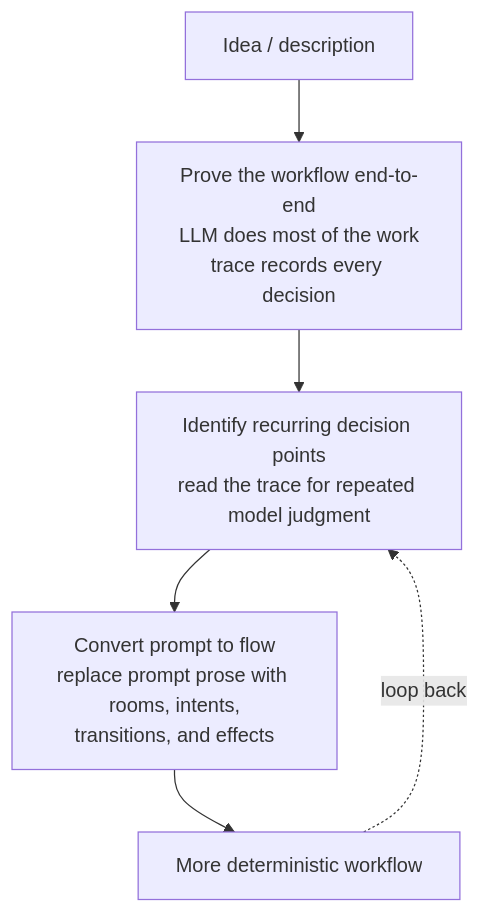
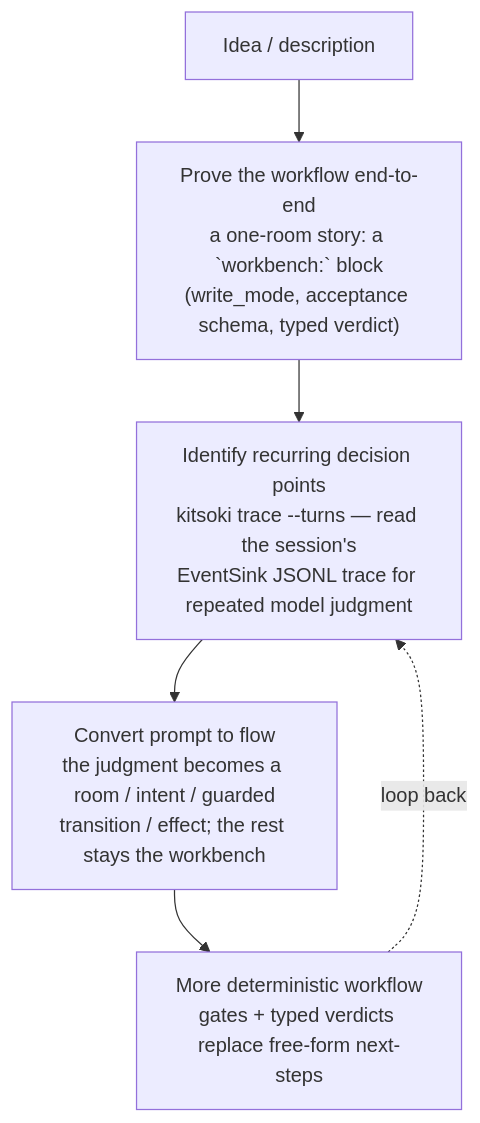
The third of 3 diagrams in docs/architecture/concept.md (bsacrobatix/Kitsoki), drawn with Mermaid before and after one commit. The commit also changed other lines of this file and 5 other files, not shown here.

````diff
--- a/docs/architecture/concept.md
+++ b/docs/architecture/concept.md
@@ -208,11 +209,11 @@
 ```mermaid
 flowchart TD
     idea["Idea / description"]
-    prove["Prove the workflow end-to-end<br/>LLM does most of the work<br/>trace records every decision"]
-    inspect["Identify recurring decision points<br/>read the trace for repeated model judgment"]
-    convert["Convert prompt to flow<br/>replace prompt prose with rooms, intents,<br/>transitions, and effects"]
-    deterministic["More deterministic workflow"]
+    prove["Prove the workflow end-to-end<br/>a one-room story: a `workbench:` block<br/>(write_mode, acceptance schema, typed verdict)"]
+    inspect["Identify recurring decision points<br/>kitsoki trace --turns — read the session's<br/>EventSink JSONL trace for repeated model judgment"]
+    convert["Convert prompt to flow<br/>the judgment becomes a room / intent / guarded<br/>transition / effect; the rest stays the workbench"]
+    deterministic["More deterministic workflow<br/>gates + typed verdicts replace free-form next-steps"]
 
     idea --> prove --> inspect --> convert --> deterministic
     deterministic -. "loop back" .-> inspect
 ```
````
